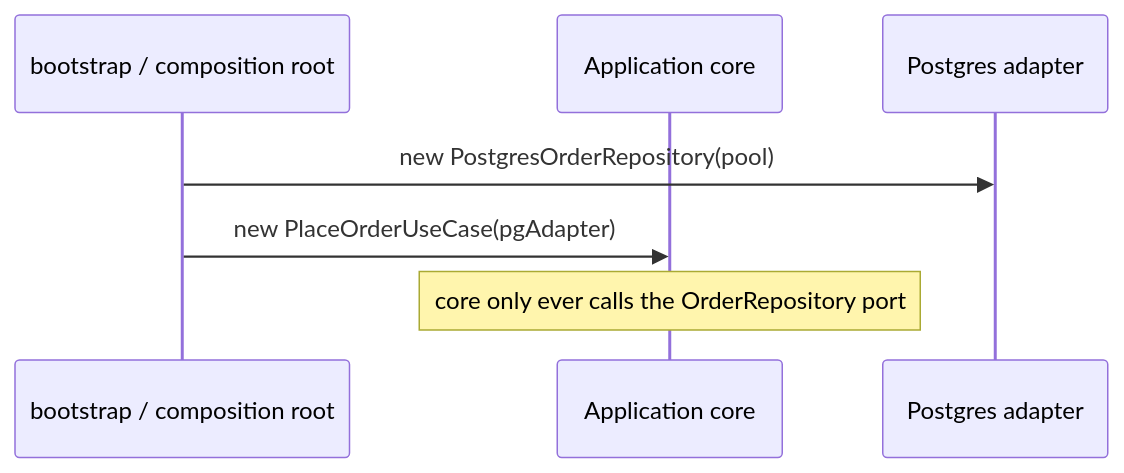
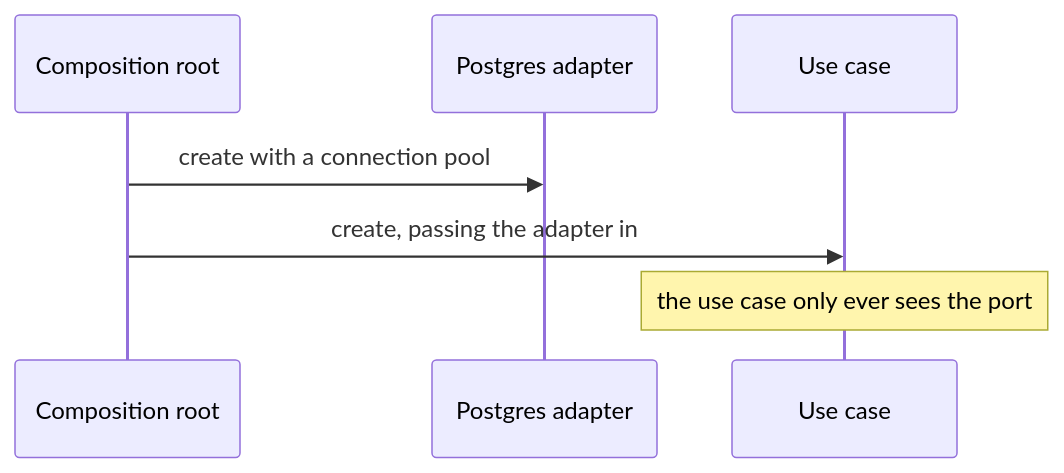
The second of 2 diagrams in src/content/architecture/hexagonal-clean-architecture/L2-concept.mdx (francoandreDev/knowledge), drawn with Mermaid before and after one commit. The commit also changed other lines of this file and 17 other files, not shown here.

Commit message:
Migrate architecture batch 2 (hexagonal-clean-architecture, event-driven-architecture, build-vs-buy, adr-governance) to the three-tier exercise model

````diff
--- a/src/content/architecture/hexagonal-clean-architecture/L2-concept.mdx
+++ b/src/content/architecture/hexagonal-clean-architecture/L2-concept.mdx
@@ -108,9 +100,9 @@
 ```mermaid
 sequenceDiagram
-    participant Main as bootstrap / composition root
-    participant Core as Application core
+    participant Main as Composition root
     participant PG as Postgres adapter
-    Main->>PG: new PostgresOrderRepository(pool)
-    Main->>Core: new PlaceOrderUseCase(pgAdapter)
-    Note over Core: core only ever calls the OrderRepository port
+    participant Core as Use case
+    Main->>PG: create with a connection pool
+    Main->>Core: create, passing the adapter in
+    Note over Core: the use case only ever sees the port
 ```
````
